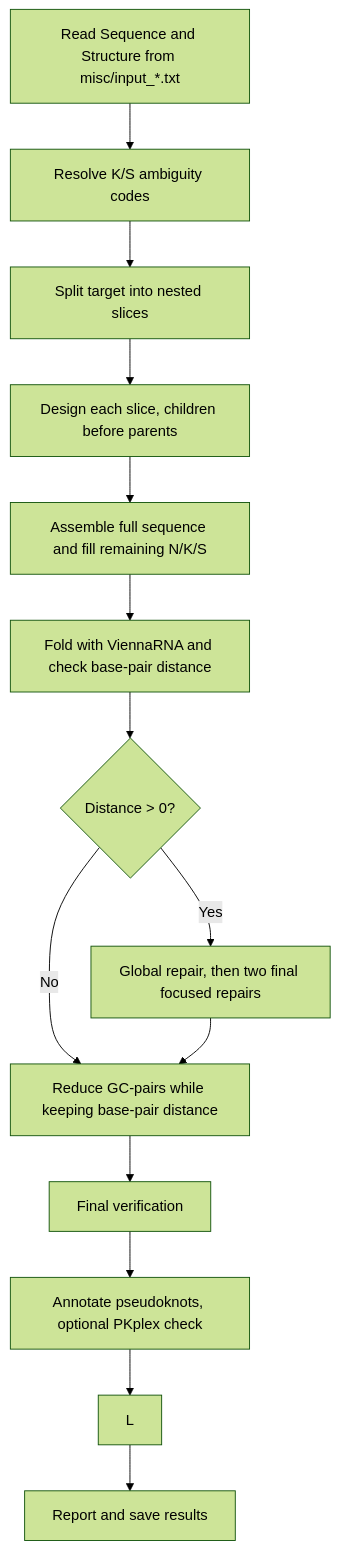
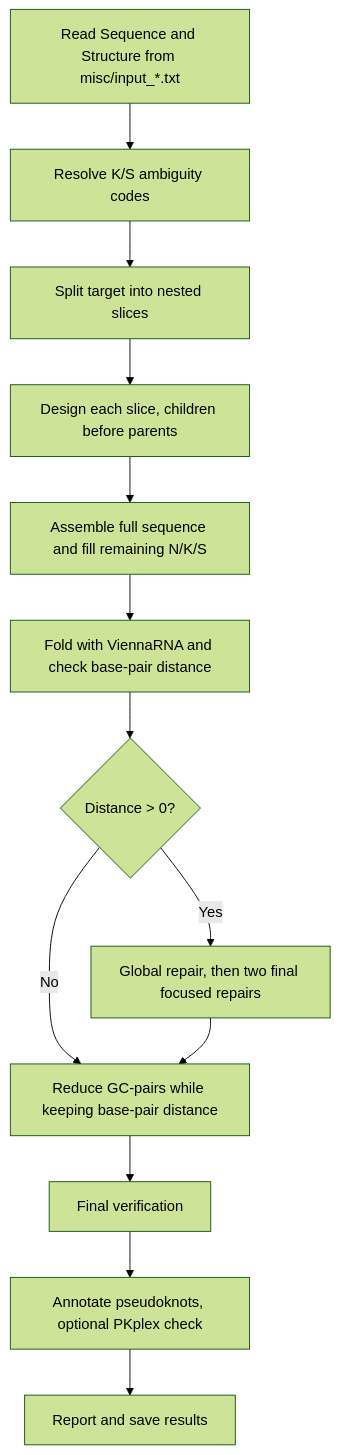
One commit to HenrikMengkrogen/Ribologic_iGEM_BACKUP changed the first of 3 diagrams in README.md. Above: the diagram before and after it, drawn with Mermaid (forest theme).

````diff
--- a/README.md
+++ b/README.md
@@ -36,16 +36,15 @@
 ```mermaid
 flowchart TD
     A[Read Sequence and Structure from misc/input_*.txt] --> B[Resolve K/S ambiguity codes]
     B --> C[Split target into nested slices]
     C --> D[Design each slice, children before parents]
     D --> E[Assemble full sequence and fill remaining N/K/S]
     E --> F[Fold with ViennaRNA and check base-pair distance]
     F --> G{Distance > 0?}
     G -- Yes --> H[Global repair, then two final focused repairs]
     G -- No --> I[Reduce GC-pairs while keeping base-pair distance]
     H --> I
     I --> J[Final verification]
     J --> K[Annotate pseudoknots, optional PKplex check]
-    K--> L
-    L --> M[Report and save results]
+    K--> L[Report and save results] 
 ```
````
